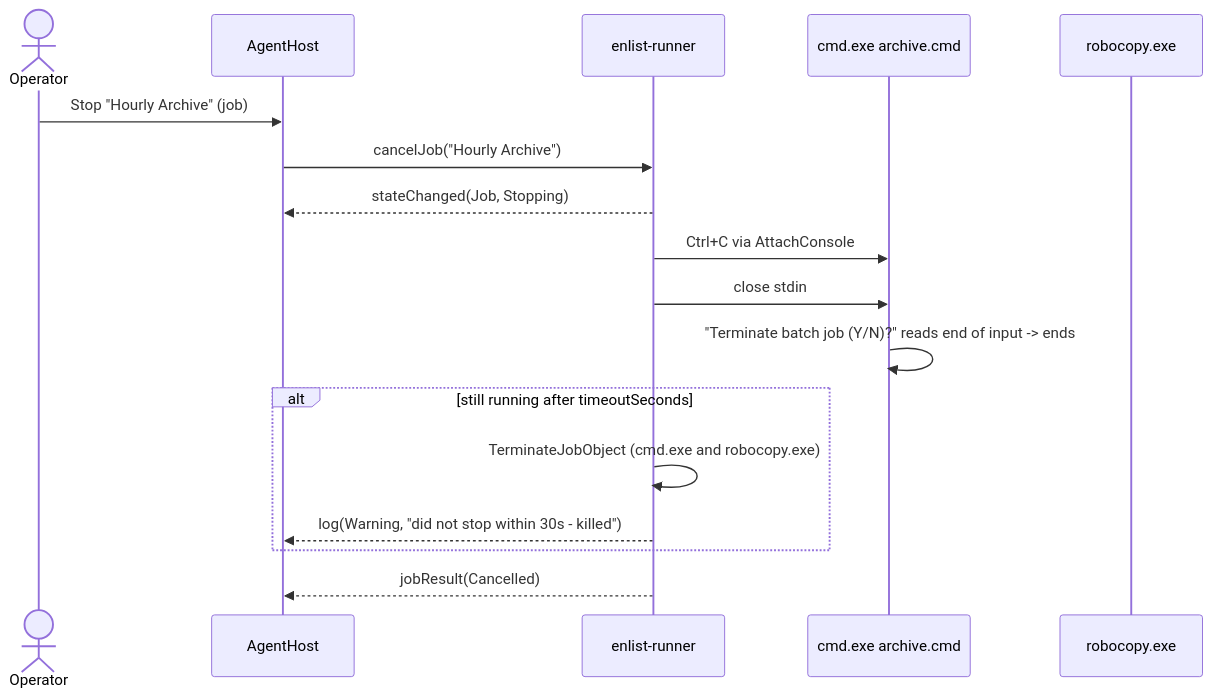
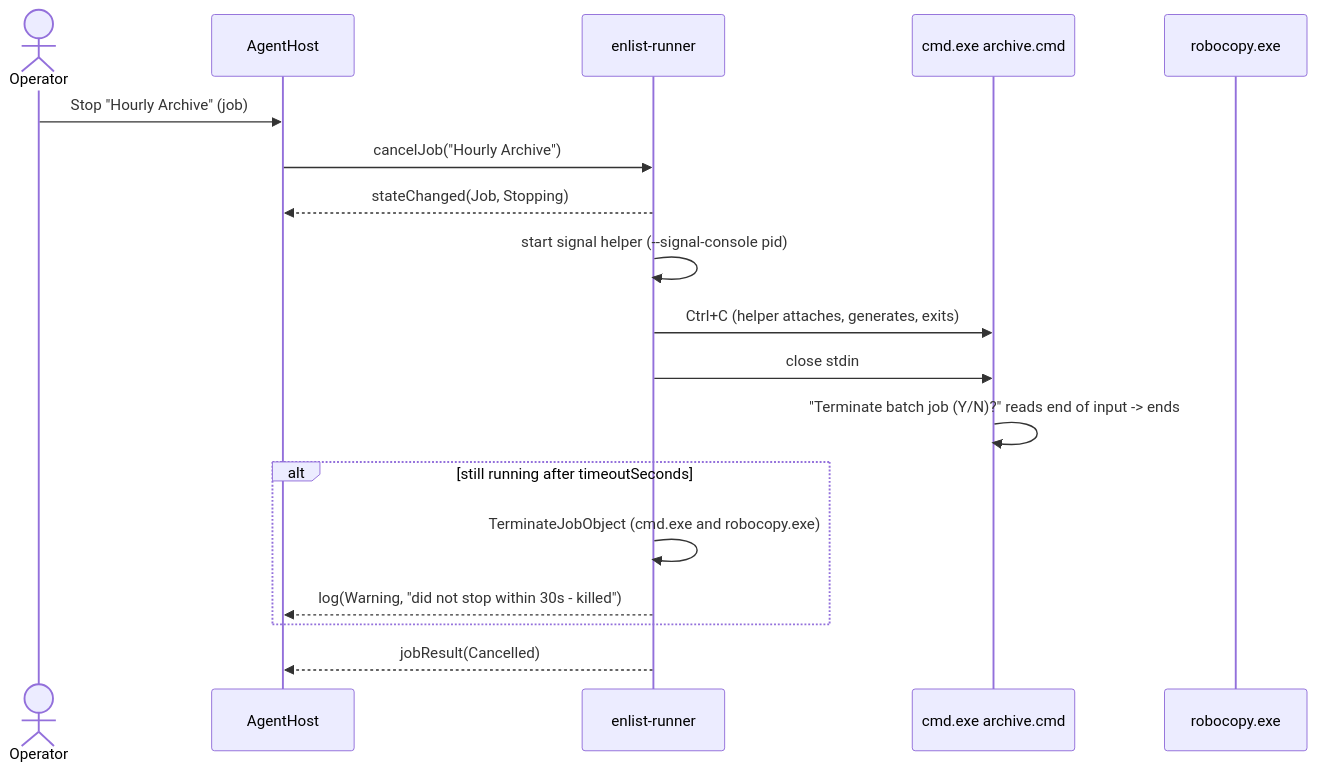
The fifth of 5 diagrams in docs/03-architecture/Program-Workloads-Design.md (dmlegault/ICenListv3), drawn with Mermaid before and after one commit. The commit also changed other lines of this file and 2 other files, not shown here.

````diff
--- a/docs/03-architecture/Program-Workloads-Design.md
+++ b/docs/03-architecture/Program-Workloads-Design.md
@@ -861,20 +953,21 @@
 ```mermaid
 sequenceDiagram
     actor Op as Operator
     participant AH as AgentHost
     participant R as enlist-runner
     participant C as cmd.exe archive.cmd
     participant RC as robocopy.exe
 
     Op->>AH: Stop "Hourly Archive" (job)
     AH->>R: cancelJob("Hourly Archive")
     R-->>AH: stateChanged(Job, Stopping)
-    R->>C: Ctrl+C via AttachConsole
+    R->>R: start signal helper (--signal-console pid)
+    R->>C: Ctrl+C (helper attaches, generates, exits)
     R->>C: close stdin
     C->>C: "Terminate batch job (Y/N)?" reads end of input -> ends
     alt still running after timeoutSeconds
         R->>R: TerminateJobObject (cmd.exe and robocopy.exe)
         R-->>AH: log(Warning, "did not stop within 30s - killed")
     end
     R-->>AH: jobResult(Cancelled)
 ```
````
